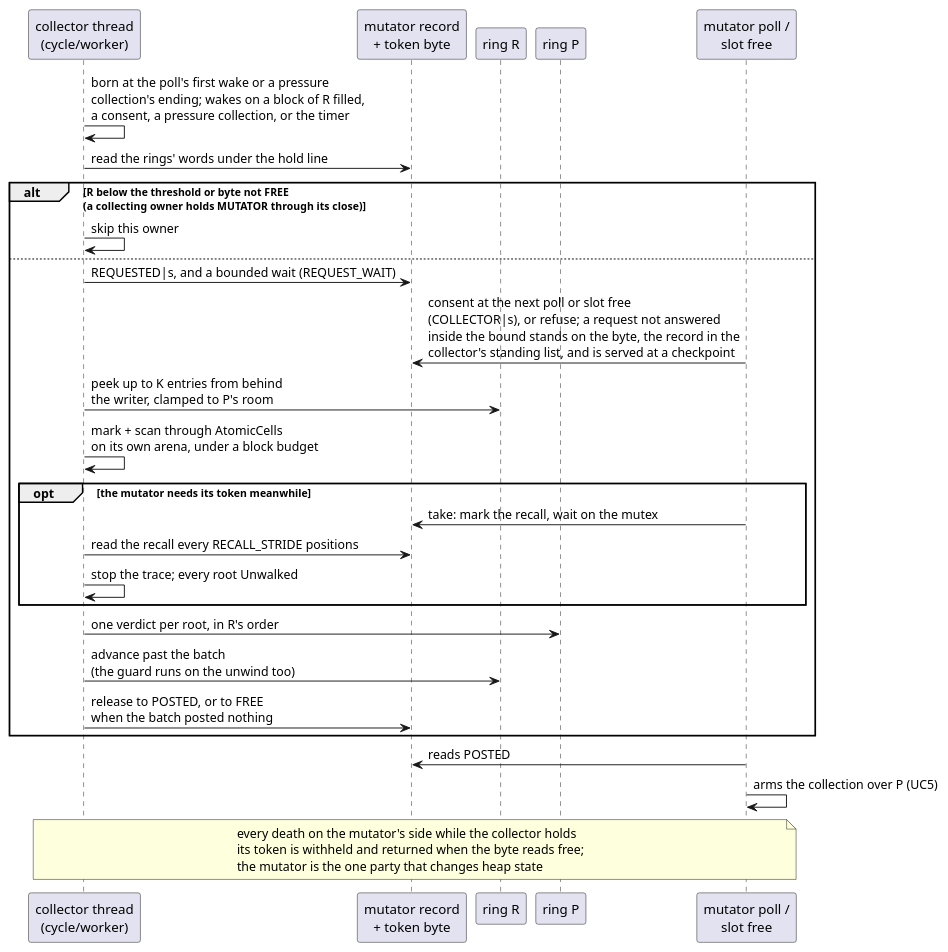
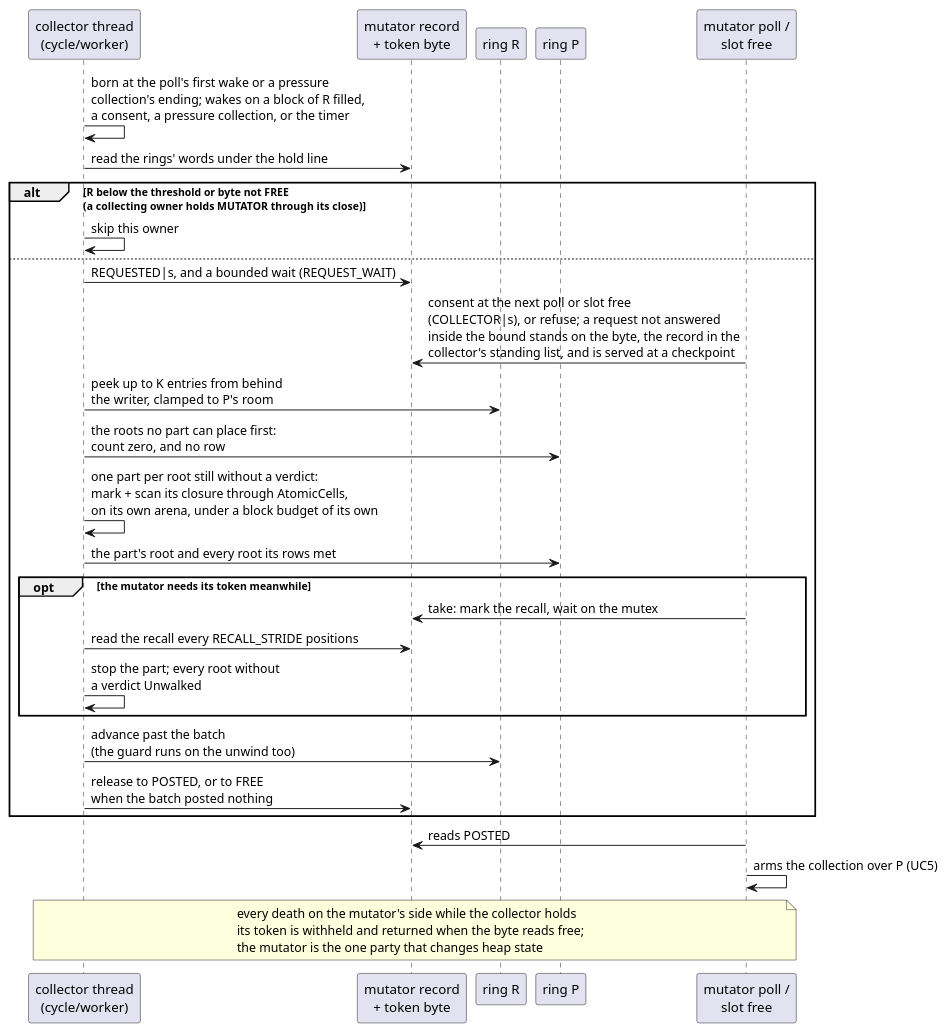
The eighth of 8 diagrams in docs/architecture.md (limelight-lang/model), drawn with PlantUML before and after one commit. The commit also changed 16 other files, not shown here.

````diff
--- a/docs/architecture.md
+++ b/docs/architecture.md
@@ -456,32 +456,33 @@
 ```plantuml
 @startuml
 skinparam shadowing false
 participant "collector thread\n(cycle/worker)" as worker
 participant "mutator record\n+ token byte" as token
 participant "ring R" as R
 participant "ring P" as P
 participant "mutator poll /\nslot free" as mutator
 
 worker -> worker : born at the poll's first wake or a pressure\ncollection's ending; wakes on a block of R filled,\na consent, a pressure collection, or the timer
 worker -> token : read the rings' words under the hold line
 alt R below the threshold or byte not FREE\n(a collecting owner holds MUTATOR through its close)
   worker -> worker : skip this owner
 else
   worker -> token : REQUESTED|s, and a bounded wait (REQUEST_WAIT)
   mutator -> token : consent at the next poll or slot free\n(COLLECTOR|s), or refuse; a request not answered\ninside the bound stands on the byte, the record in the\ncollector's standing list, and is served at a checkpoint
   worker -> R : peek up to K entries from behind\nthe writer, clamped to P's room
-  worker -> worker : mark + scan through AtomicCells\non its own arena, under a block budget
+  worker -> P : the roots no part can place first:\ncount zero, and no row
+  worker -> worker : one part per root still without a verdict:\nmark + scan its closure through AtomicCells,\non its own arena, under a block budget of its own
+  worker -> P : the part's root and every root its rows met
   opt the mutator needs its token meanwhile
     mutator -> token : take: mark the recall, wait on the mutex
     worker -> token : read the recall every RECALL_STRIDE positions
-    worker -> worker : stop the trace; every root Unwalked
+    worker -> worker : stop the part; every root without\na verdict Unwalked
   end
-  worker -> P : one verdict per root, in R's order
   worker -> R : advance past the batch\n(the guard runs on the unwind too)
   worker -> token : release to POSTED, or to FREE\nwhen the batch posted nothing
 end
 mutator -> token : reads POSTED
 mutator -> mutator : arms the collection over P (UC5)
 note over worker, mutator : every death on the mutator's side while the collector holds\nits token is withheld and returned when the byte reads free;\nthe mutator is the one party that changes heap state
 @enduml
 ```
````
